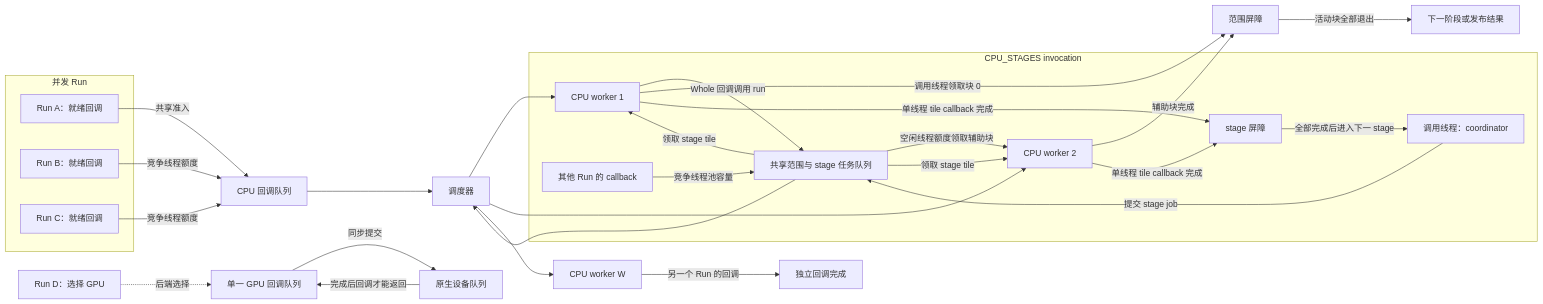
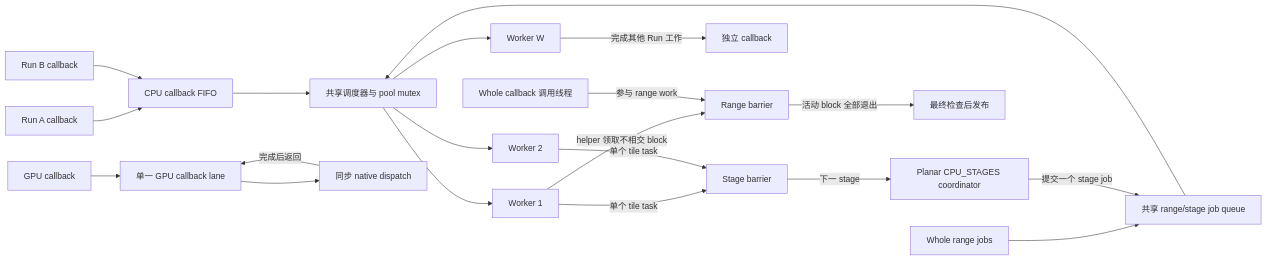
The diagram in docs/kernel-architecture/zh/Parallel-Execution-Model.zh.md (kevin-zf1123/photospider), drawn with Mermaid before and after one commit. The commit also changed other lines of this file and 106 other files, not shown here.

````diff
--- a/docs/kernel-architecture/zh/Parallel-Execution-Model.zh.md
+++ b/docs/kernel-architecture/zh/Parallel-Execution-Model.zh.md
@@ -11,34 +11,22 @@
 ```mermaid
 flowchart LR
-    subgraph Runs[并发 Run]
-        R1[Run A：就绪回调]
-        R2[Run B：就绪回调]
-        R3[Run C：就绪回调]
-    end
-    R1 -->|共享准入| Q[CPU 回调队列]
-    R2 -->|竞争线程额度| Q
-    R3 -->|竞争线程额度| Q
-    Q --> S[调度器]
-    J[共享范围与 stage 任务队列] --> S
-    S --> W1[CPU worker 1]
-    S --> W2[CPU worker 2]
-    S --> WN[CPU worker W]
-    W1 -->|Whole 回调调用 run| J
-    J -->|空闲线程额度领取辅助块| W2
-    W1 -->|调用线程领取块 0| RB[范围屏障]
-    W2 -->|辅助块完成| RB
-    WN -->|另一个 Run 的回调| OC[独立回调完成]
-    RB -->|活动块全部退出| C[下一阶段或发布结果]
-    RG[Run D：选择 GPU] -. 后端选择 .-> GQ[单一 GPU 回调队列]
-    GQ -->|同步提交| D[原生设备队列]
-    D -->|完成后回调才能返回| GQ
-    subgraph Staged[CPU_STAGES invocation]
-        C0[调用线程：coordinator] -->|提交 stage job| J
-        J -->|领取 stage tile| W1
-        J -->|领取 stage tile| W2
-        W1 -->|单线程 tile callback 完成| TB[stage 屏障]
-        W2 -->|单线程 tile callback 完成| TB
-        TWN[其他 Run 的 callback] -->|竞争线程池容量| J
-        TB -->|全部完成后进入下一 stage| C0
-    end
+    A[Run A callback] --> Q[CPU callback FIFO]
+    B[Run B callback] --> Q
+    Q --> S[共享调度器与 pool mutex]
+    R[Whole range jobs] --> JQ[共享 range/stage job queue]
+    JQ --> S
+    S --> W1[Worker 1]
+    S --> W2[Worker 2]
+    S --> WN[Worker W]
+    W1 -->|helper 领取不相交 block| J[Range barrier]
+    Caller[Whole callback 调用线程] -->|参与 range work| J
+    WN -->|完成其他 Run 工作| O[独立 callback]
+    J -->|活动 block 全部退出| P[最终检查后发布]
+    C[Planar CPU_STAGES coordinator] -->|提交一个 stage job| JQ
+    W1 -->|单个 tile task| TB[Stage barrier]
+    W2 -->|单个 tile task| TB
+    TB -->|下一 stage| C
+    G[GPU callback] --> GQ[单一 GPU callback lane]
+    GQ --> D[同步 native dispatch]
+    D -->|完成后返回| GQ
 ```
````
